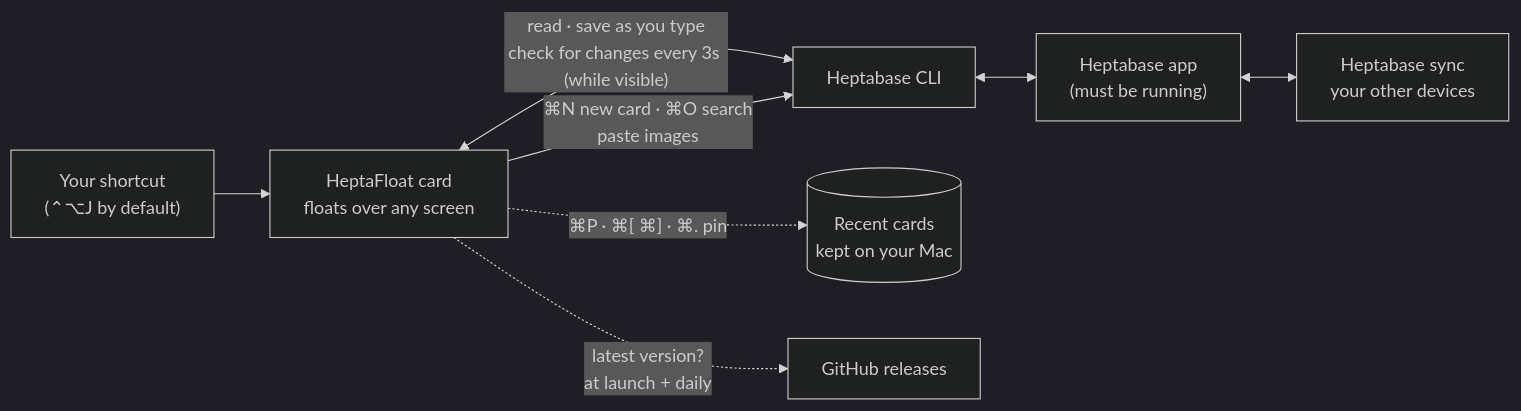
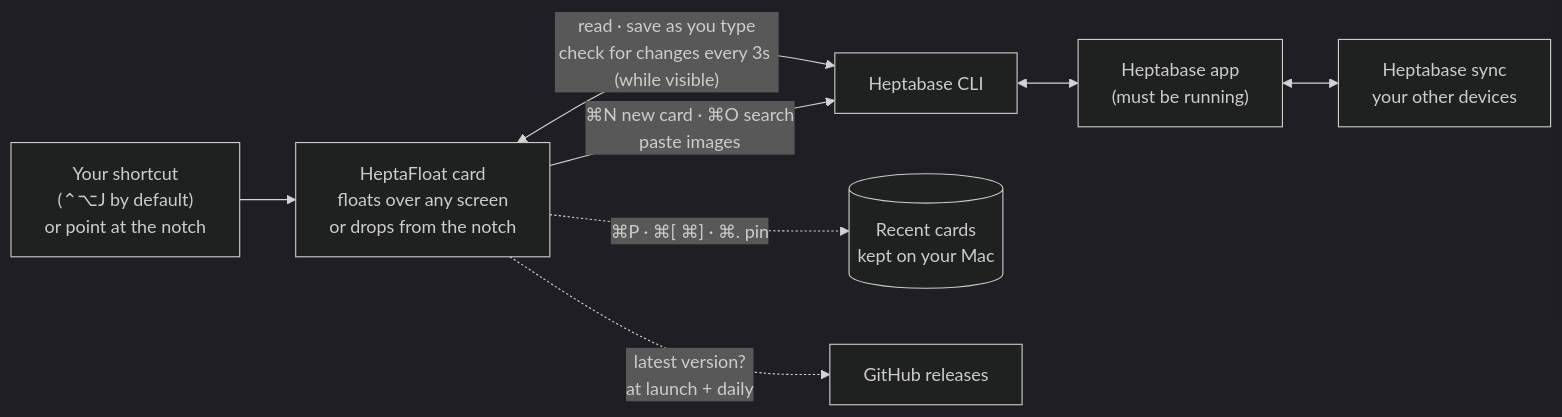
Before and after one commit to madeyexz/heptafloat: the diagram in README.md, drawn with Mermaid (dark theme). The commit also changed other lines of this file and 2 other files, not shown here.

First line of the commit message:
README: notch mode, title bar, ⌘K menu, paste-to-link; notch demo GIF and video

````diff
--- a/README.md
+++ b/README.md
@@ -141,10 +146,10 @@
 ```mermaid
 flowchart LR
-  K["Your shortcut<br/>(⌃⌥J by default)"] --> C["HeptaFloat card<br/>floats over any screen"]
+  K["Your shortcut<br/>(⌃⌥J by default)<br/>or point at the notch"] --> C["HeptaFloat card<br/>floats over any screen<br/>or drops from the notch"]
   C <-->|"read · save as you type<br/>check for changes every 3s (while visible)"| CLI["Heptabase CLI"]
   C -->|"⌘N new card · ⌘O search<br/>paste images"| CLI
   CLI <--> H["Heptabase app<br/>(must be running)"]
   H <--> S["Heptabase sync<br/>your other devices"]
   C -.->|"⌘P · ⌘[ ⌘] · ⌘. pin"| R[("Recent cards<br/>kept on your Mac")]
   C -.->|"latest version?<br/>at launch + daily"| G["GitHub releases"]
 ```
````
